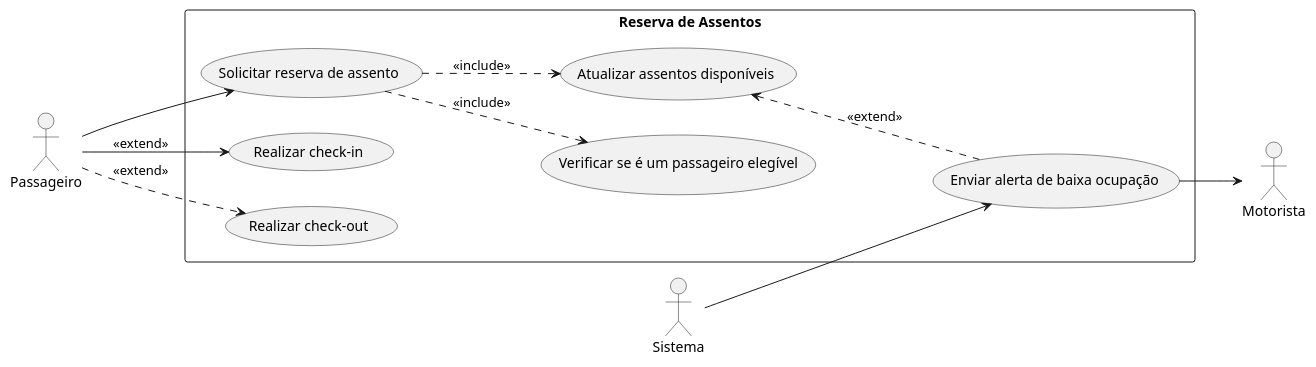
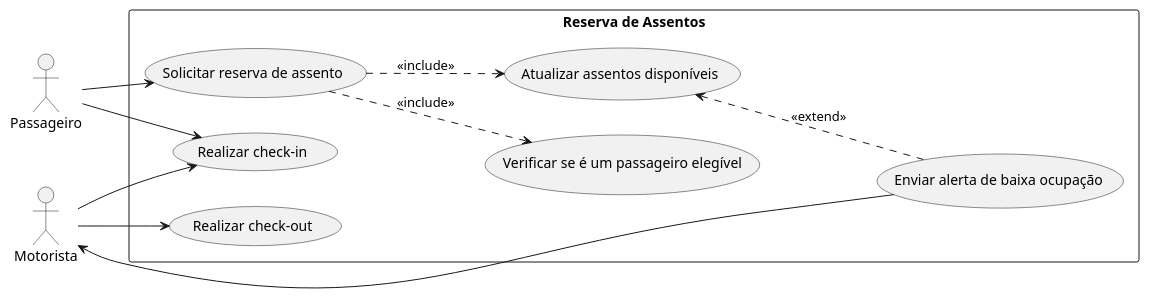
The diagram in estudoDeCasos/reserveAssentos.puml (AnaBeatrizA-Silva/CaronaCorporativa_EngSof), drawn with PlantUML before and after one commit. The commit also changed 7 other files, not shown here.

```diff
--- a/estudoDeCasos/reserveAssentos.puml
+++ b/estudoDeCasos/reserveAssentos.puml
@@ -1,29 +1,28 @@
 @startuml Reserva de Assentos
 
 left to right direction
 
 actor Passageiro
 actor Motorista
-actor Sistema
 
 rectangle "Reserva de Assentos" {
     usecase "Solicitar reserva de assento" as cadRes
     usecase "Verificar se é um passageiro elegível" as cadRes_VeriPassa
     usecase "Atualizar assentos disponíveis" as cadRes_AtlAsse
     usecase "Enviar alerta de baixa ocupação" as cadRes_Alerta
     usecase "Realizar check-in" as cadRes_checkIn
     usecase "Realizar check-out" as cadRes_checkOut
 }
 
 
 Passageiro --> cadRes 
 cadRes ..> cadRes_VeriPassa: <<include>>
 cadRes ..> cadRes_AtlAsse: <<include>>
 cadRes_AtlAsse <.. cadRes_Alerta: <<extend>>
-'Sem certeza que está certo:
-Sistema -->  cadRes_Alerta 
 cadRes_Alerta --> Motorista
-Passageiro --> cadRes_checkIn: <<extend>>
-Passageiro ..> cadRes_checkOut: <<extend>>
+Passageiro --> cadRes_checkIn
+Motorista --> cadRes_checkIn
+Motorista --> cadRes_checkOut
+
 
 @enduml
```
